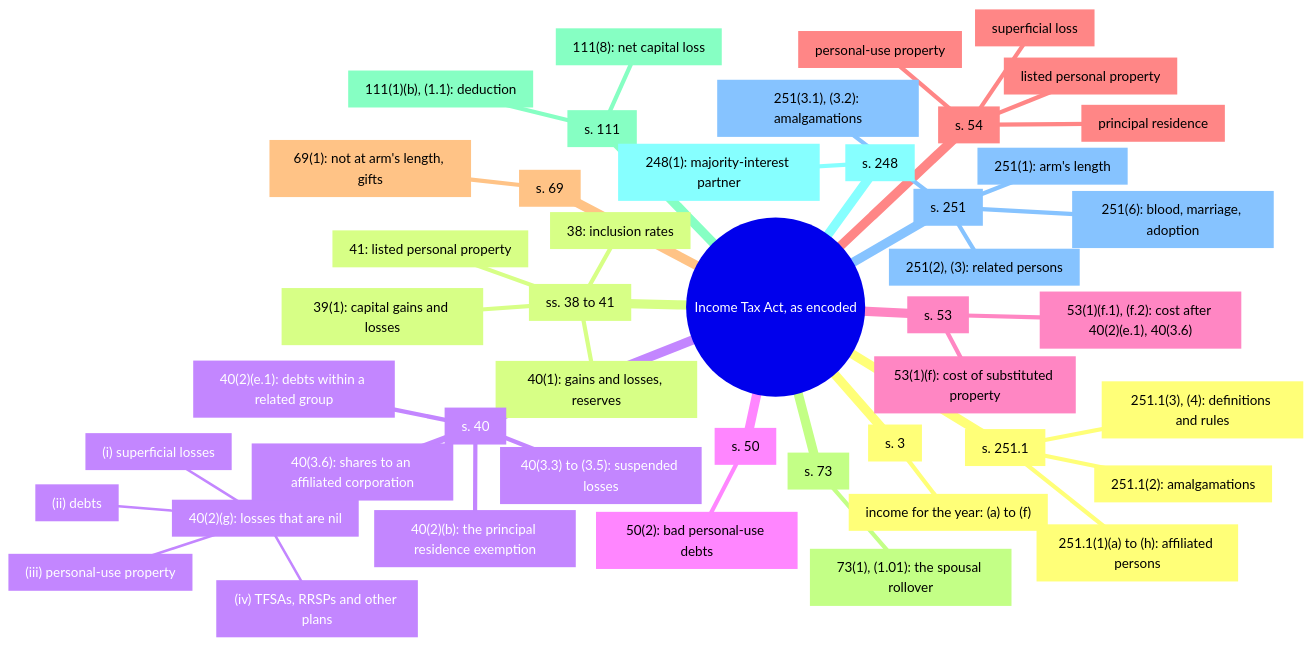
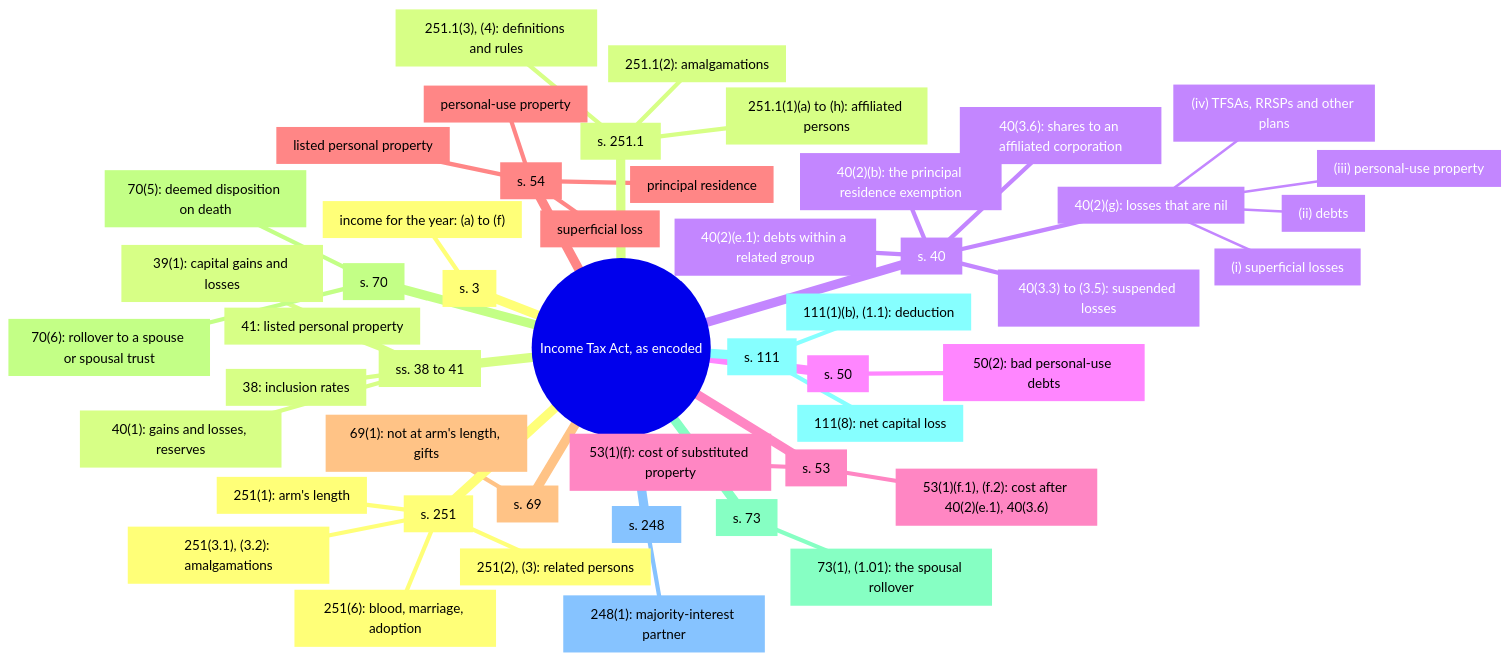
Before and after one commit to SeanWMurray/Canteen: the fourth of 4 diagrams in docs/graphs/dashboard.md, drawn with Mermaid. The commit also changed other lines of this file and 16 other files, not shown here.

````diff
--- a/docs/graphs/dashboard.md
+++ b/docs/graphs/dashboard.md
@@ -66,49 +66,52 @@
 ```mermaid
 mindmap
   root((Income Tax Act, as encoded))
     n0["`s. 3`"]
       n1["`income for the year: (a) to (f)`"]
     n2["`ss. 38 to 41`"]
       n3["`38: inclusion rates`"]
       n4["`39(1): capital gains and losses`"]
       n5["`40(1): gains and losses, reserves`"]
       n6["`41: listed personal property`"]
     n7["`s. 40`"]
       n8["`40(2)(b): the principal residence exemption`"]
       n9["`40(2)(g): losses that are nil`"]
         n10["`(i) superficial losses`"]
         n11["`(ii) debts`"]
         n12["`(iii) personal-use property`"]
         n13["`(iv) TFSAs, RRSPs and other plans`"]
       n14["`40(2)(e.1): debts within a related group`"]
       n15["`40(3.3) to (3.5): suspended losses`"]
       n16["`40(3.6): shares to an affiliated corporation`"]
     n17["`s. 50`"]
       n18["`50(2): bad personal-use debts`"]
     n19["`s. 53`"]
       n20["`53(1)(f): cost of substituted property`"]
       n21["`53(1)(f.1), (f.2): cost after 40(2)(e.1), 40(3.6)`"]
     n22["`s. 54`"]
       n23["`superficial loss`"]
       n24["`principal residence`"]
       n25["`personal-use property`"]
       n26["`listed personal property`"]
     n27["`s. 69`"]
       n28["`69(1): not at arm's length, gifts`"]
-    n29["`s. 73`"]
-      n30["`73(1), (1.01): the spousal rollover`"]
-    n31["`s. 111`"]
-      n32["`111(8): net capital loss`"]
-      n33["`111(1)(b), (1.1): deduction`"]
-    n34["`s. 248`"]
-      n35["`248(1): majority-interest partner`"]
-    n36["`s. 251`"]
-      n37["`251(1): arm's length`"]
-      n38["`251(2), (3): related persons`"]
-      n39["`251(3.1), (3.2): amalgamations`"]
-      n40["`251(6): blood, marriage, adoption`"]
-    n41["`s. 251.1`"]
-      n42["`251.1(1)(a) to (h): affiliated persons`"]
-      n43["`251.1(2): amalgamations`"]
-      n44["`251.1(3), (4): definitions and rules`"]
+    n29["`s. 70`"]
+      n30["`70(5): deemed disposition on death`"]
+      n31["`70(6): rollover to a spouse or spousal trust`"]
+    n32["`s. 73`"]
+      n33["`73(1), (1.01): the spousal rollover`"]
+    n34["`s. 111`"]
+      n35["`111(8): net capital loss`"]
+      n36["`111(1)(b), (1.1): deduction`"]
+    n37["`s. 248`"]
+      n38["`248(1): majority-interest partner`"]
+    n39["`s. 251`"]
+      n40["`251(1): arm's length`"]
+      n41["`251(2), (3): related persons`"]
+      n42["`251(3.1), (3.2): amalgamations`"]
+      n43["`251(6): blood, marriage, adoption`"]
+    n44["`s. 251.1`"]
+      n45["`251.1(1)(a) to (h): affiliated persons`"]
+      n46["`251.1(2): amalgamations`"]
+      n47["`251.1(3), (4): definitions and rules`"]
 ```
````
